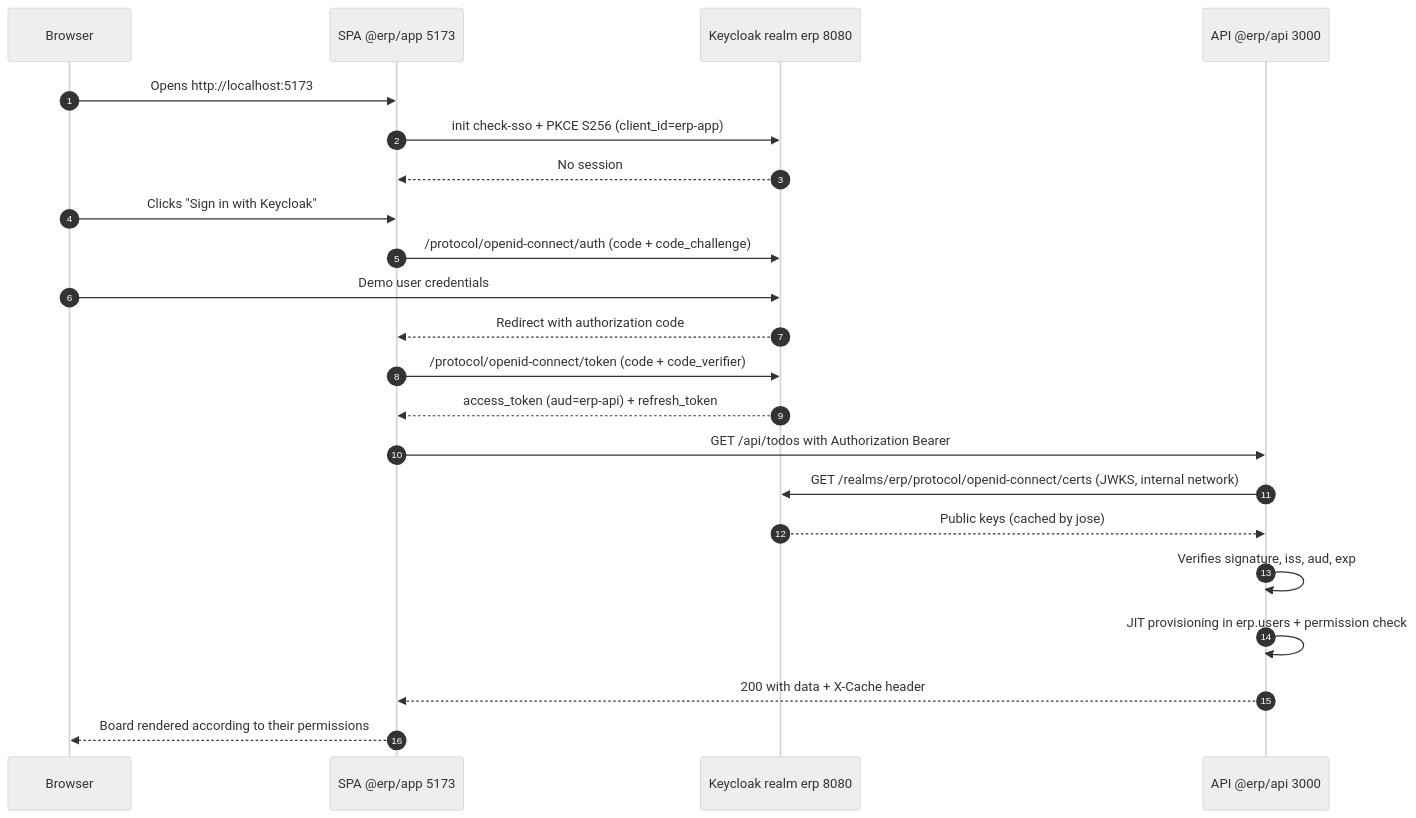
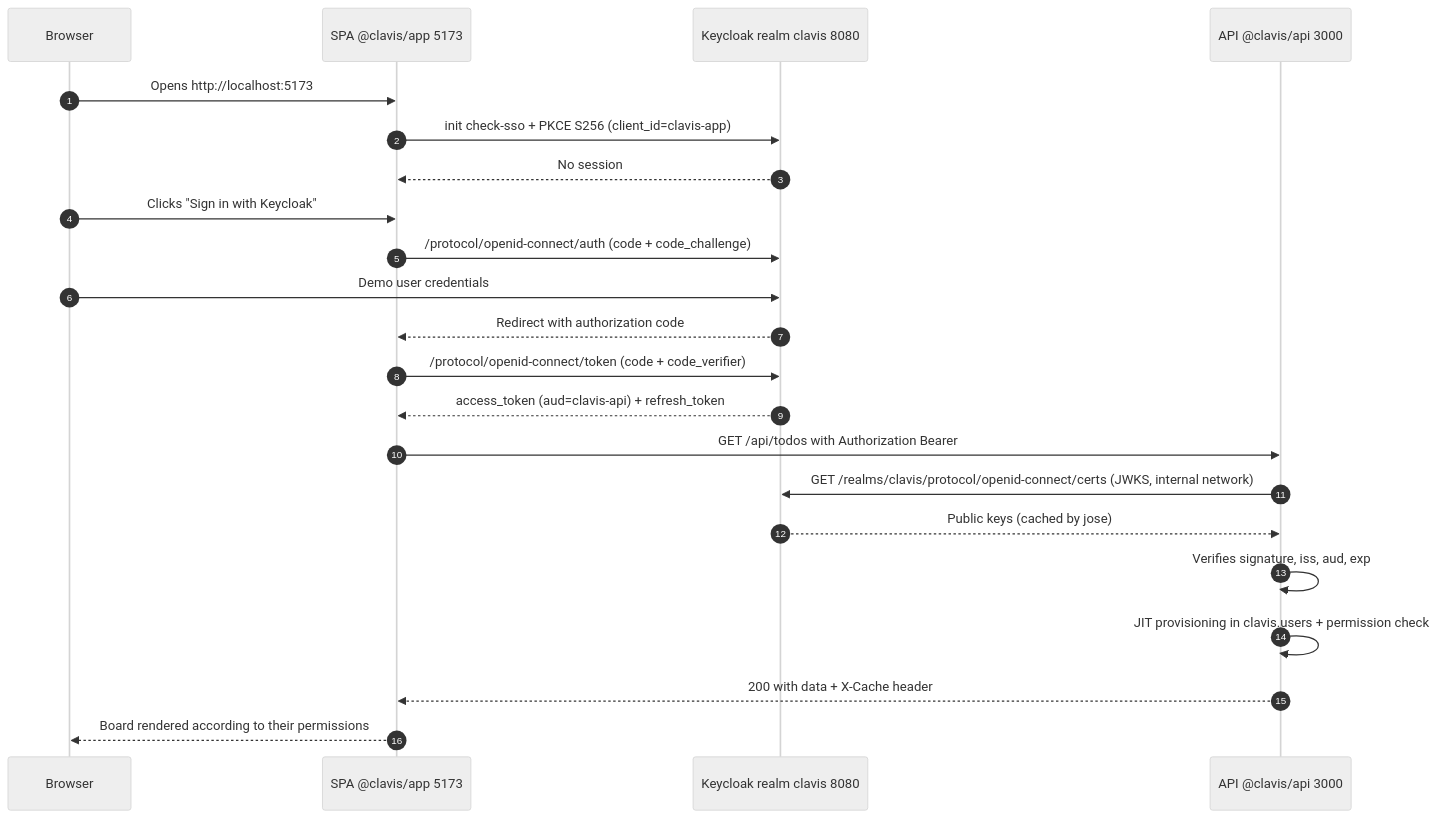
The first of 2 diagrams in README.md (mapineda48/clavis), drawn with Mermaid (neutral theme) before and after one commit. The commit also changed other lines of this file and 130 other files, not shown here.

````diff
--- a/README.md
+++ b/README.md
@@ -315,25 +316,25 @@
 ```mermaid
 sequenceDiagram
     autonumber
     participant U as Browser
-    participant S as SPA @erp/app 5173
-    participant K as Keycloak realm erp 8080
-    participant A as API @erp/api 3000
+    participant S as SPA @clavis/app 5173
+    participant K as Keycloak realm clavis 8080
+    participant A as API @clavis/api 3000
 
     U->>S: Opens http://localhost:5173
-    S->>K: init check-sso + PKCE S256 (client_id=erp-app)
+    S->>K: init check-sso + PKCE S256 (client_id=clavis-app)
     K-->>S: No session
     U->>S: Clicks "Sign in with Keycloak"
     S->>K: /protocol/openid-connect/auth (code + code_challenge)
     U->>K: Demo user credentials
     K-->>S: Redirect with authorization code
     S->>K: /protocol/openid-connect/token (code + code_verifier)
-    K-->>S: access_token (aud=erp-api) + refresh_token
+    K-->>S: access_token (aud=clavis-api) + refresh_token
     S->>A: GET /api/todos with Authorization Bearer
-    A->>K: GET /realms/erp/protocol/openid-connect/certs (JWKS, internal network)
+    A->>K: GET /realms/clavis/protocol/openid-connect/certs (JWKS, internal network)
     K-->>A: Public keys (cached by jose)
     A->>A: Verifies signature, iss, aud, exp
-    A->>A: JIT provisioning in erp.users + permission check
+    A->>A: JIT provisioning in clavis.users + permission check
     A-->>S: 200 with data + X-Cache header
     S-->>U: Board rendered according to their permissions
 ```
````
